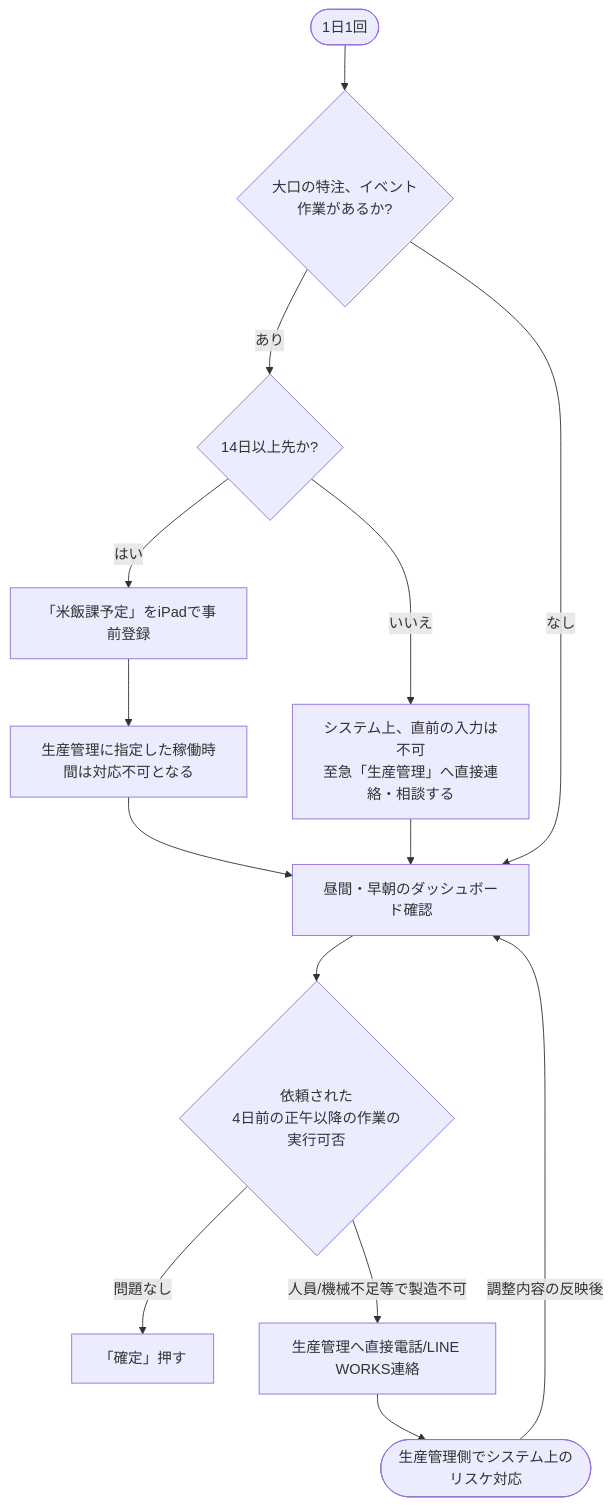
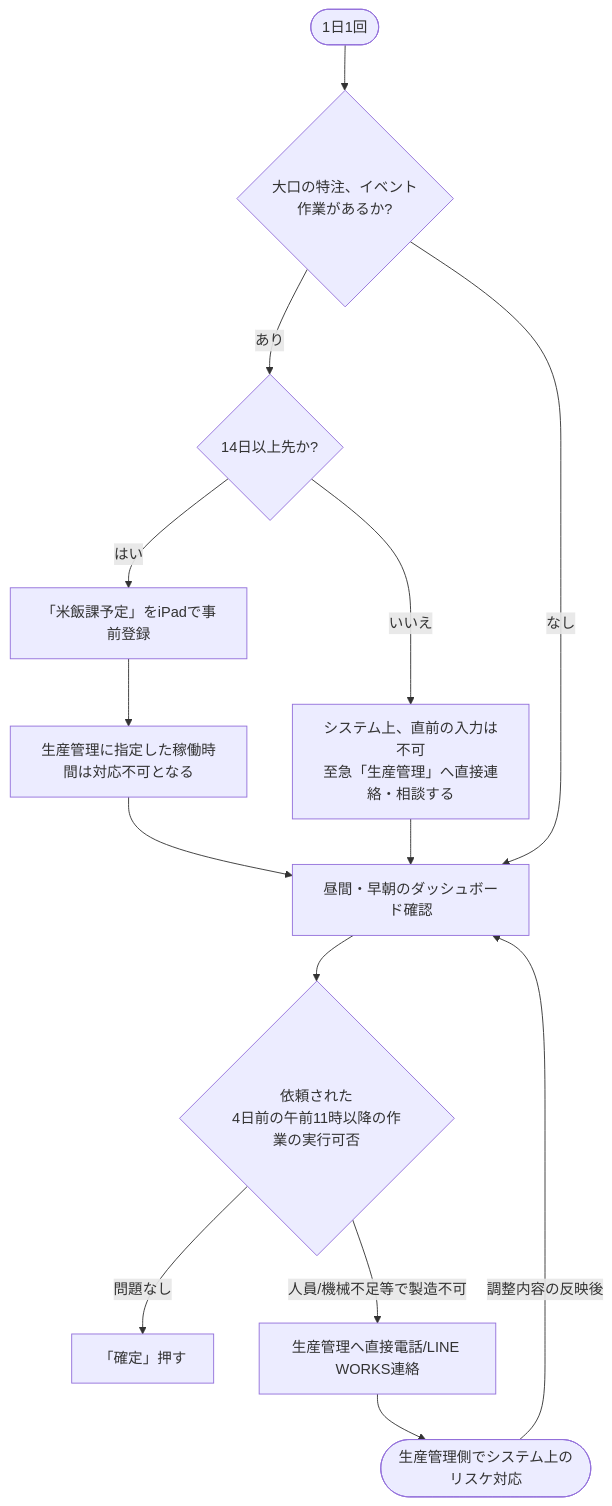
One commit to mihiro10/beihanka_irai_docs changed the diagram in user_guides/rice_department.md. Above: the diagram before and after it, drawn with Mermaid. The commit also changed other lines of this file and 6 other files, not shown here.

````diff
--- a/user_guides/rice_department.md
+++ b/user_guides/rice_department.md
@@ -13,16 +13,16 @@
 ```mermaid
 flowchart TB
     A(["1日1回"]) --> B{"大口の特注、イベント<br>作業があるか?"}
     B -- あり --> C{"14日以上先か?"}
     C -- はい --> D["「米飯課予定」をiPadで事前登録"]
     C -- いいえ --> E["システム上、直前の入力は不可<br>至急「生産管理」へ直接連絡・相談する"]
     D --> F["生産管理に指定した稼働時間は対応不可となる"]
     F --> G["昼間・早朝のダッシュボード確認"]
     B -- なし --> G
     E --> G
-    G --> H{"依頼された<br>4日前の正午以降の作業の実行可否"}
+    G --> H{"依頼された<br>4日前の午前11時以降の作業の実行可否"}
     H -- 問題なし --> I["「確定」押す"]
     H -- 人員/機械不足等で製造不可 --> K["生産管理へ直接電話/LINE WORKS連絡"]
     K --> L(["生産管理側でシステム上のリスケ対応"])
     L -- 調整内容の反映後 --> G
 ```
````
